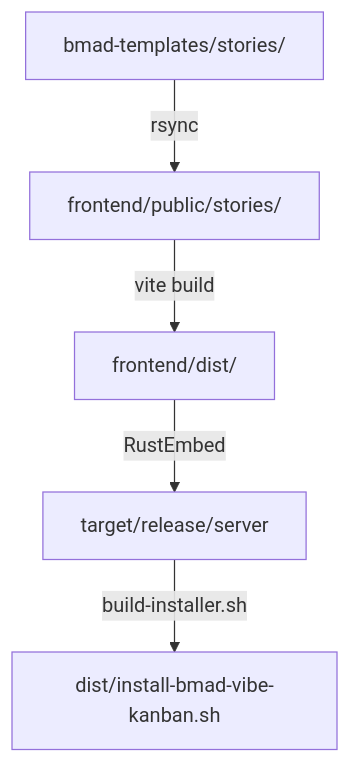
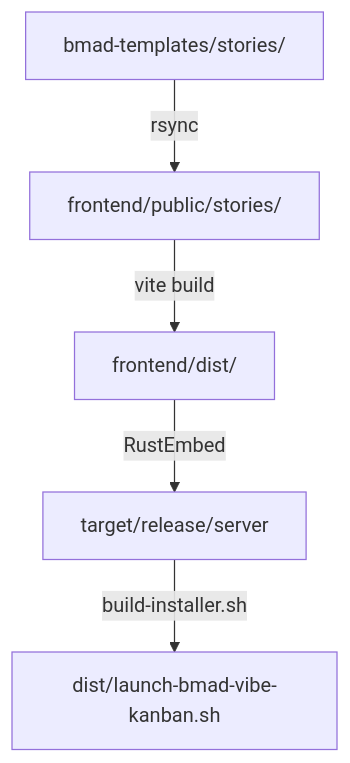
One commit to fabthefabulousfab/bmad-vibe-kanban changed the diagram in DOCUMENTATION.md. Above: the diagram before and after it, drawn with Mermaid. The commit also changed other lines of this file and 15 other files, not shown here.

````diff
--- a/DOCUMENTATION.md
+++ b/DOCUMENTATION.md
@@ -147,7 +171,7 @@
 ```mermaid
 graph TD
     A[bmad-templates/stories/] -->|rsync| B[frontend/public/stories/]
     B -->|vite build| C[frontend/dist/]
     C -->|RustEmbed| D[target/release/server]
-    D -->|build-installer.sh| E[dist/install-bmad-vibe-kanban.sh]
+    D -->|build-installer.sh| E[dist/launch-bmad-vibe-kanban.sh]
 ```
````
